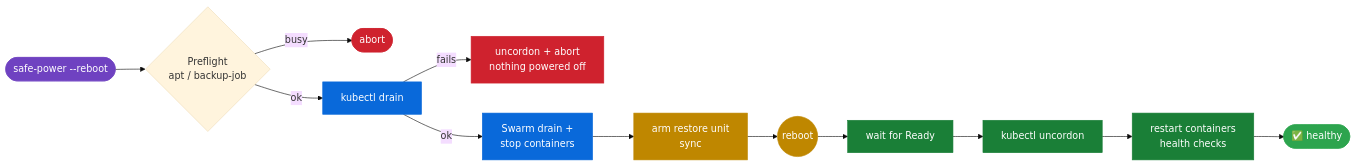
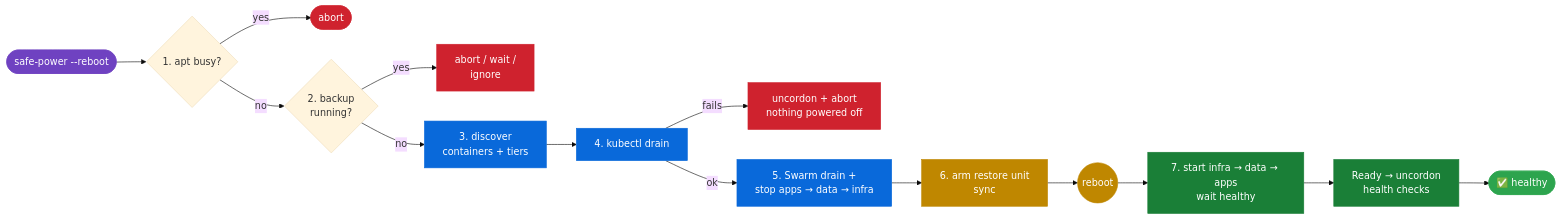
Before and after one commit to BladerunnerxRC/Linux_Shell_Scripts: the second of 2 diagrams in safe-power/readme.md, drawn with Mermaid (base theme). The commit also changed other lines of this file and 3 other files, not shown here.

First line of the commit message:
safe-power: backup detection, tiered container shutdown, man page

````diff
--- a/safe-power/readme.md
+++ b/safe-power/readme.md
@@ -165,21 +178,23 @@
 ```mermaid
 flowchart LR
-    A([safe-power --reboot]):::start --> B{Preflight<br/>apt / backup-job}
-    B -- busy --> X([abort]):::bad
-    B -- ok --> C[kubectl drain]:::drain
+    A([safe-power --reboot]):::start --> B{1. apt busy?}
+    B -- yes --> X([abort]):::bad
+    B -- no --> K{2. backup<br/>running?}
+    K -- yes --> KW[abort / wait /<br/>ignore]:::bad
+    K -- no --> L[3. discover<br/>containers + tiers]:::drain
+    L --> C[4. kubectl drain]:::drain
     C -- fails --> U[uncordon + abort<br/>nothing powered off]:::bad
-    C -- ok --> D[Swarm drain +<br/>stop containers]:::drain
-    D --> E[arm restore unit<br/>sync]:::power
+    C -- ok --> D[5. Swarm drain +<br/>stop apps → data → infra]:::drain
+    D --> E[6. arm restore unit<br/>sync]:::power
     E --> F((reboot)):::power
-    F --> G[wait for Ready]:::restore
-    G --> H[kubectl uncordon]:::restore
-    H --> I[restart containers<br/>health checks]:::restore
-    I --> J([✅ healthy]):::good
+    F --> G[7. start infra → data → apps<br/>wait healthy]:::restore
+    G --> H[Ready → uncordon<br/>health checks]:::restore
+    H --> J([✅ healthy]):::good
 
     classDef start fill:#6f42c1,color:#fff,stroke:#6f42c1
     classDef drain fill:#0969da,color:#fff,stroke:#0969da
     classDef power fill:#bf8700,color:#fff,stroke:#bf8700
     classDef restore fill:#1a7f37,color:#fff,stroke:#1a7f37
     classDef good fill:#2da44e,color:#fff,stroke:#2da44e
     classDef bad fill:#cf222e,color:#fff,stroke:#cf222e
 ```
````
